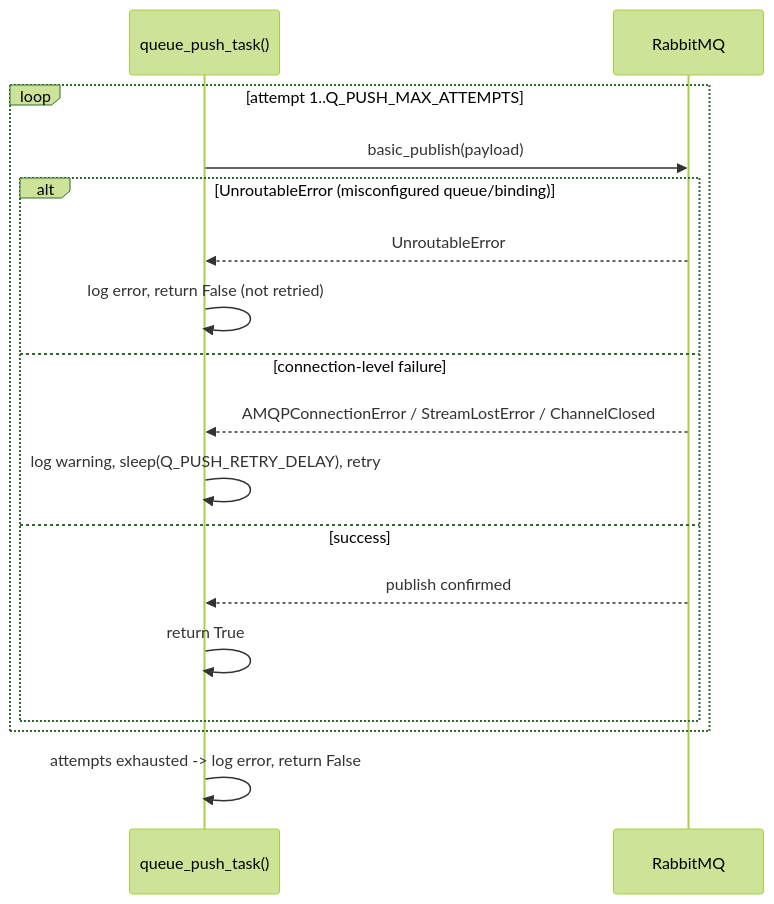
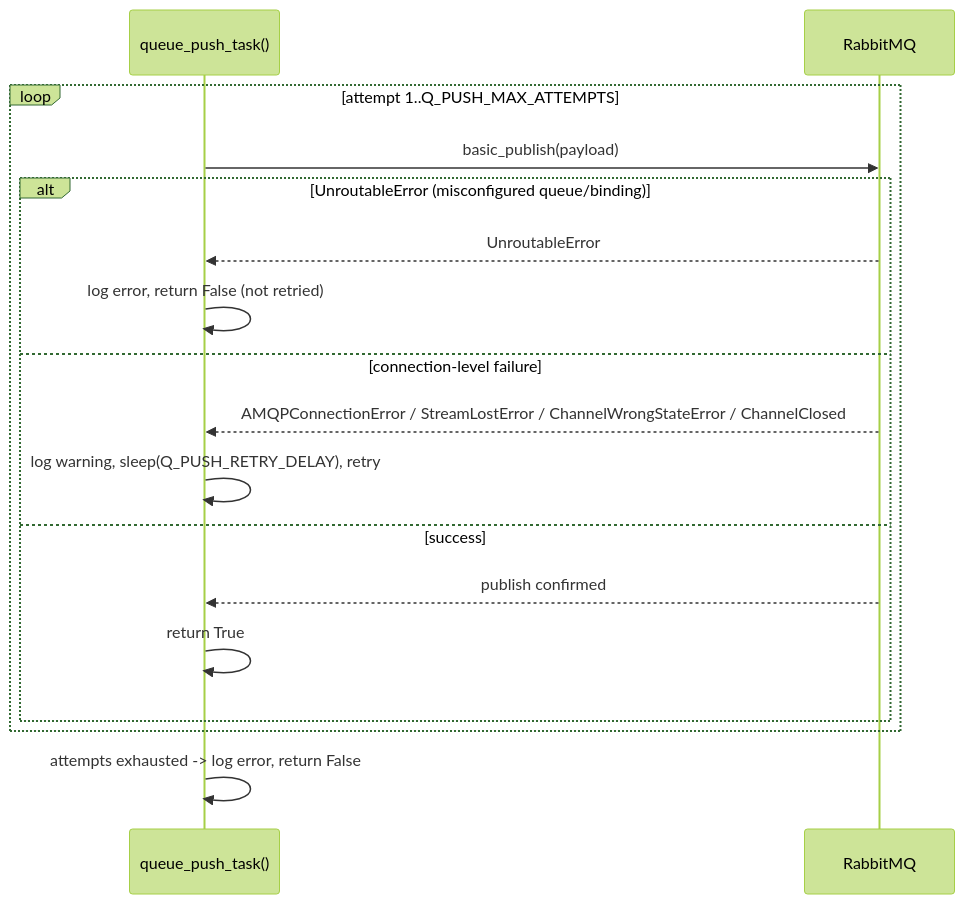
Before and after one commit to SorinoSSK/server-ai-chatbot-setup: diagram 29 of 35 in telegram_gateway/CODE_SEQUENCE_DIAGRAM.md, drawn with Mermaid (forest theme). The commit also changed other lines of this file and 3 other files, not shown here.

````diff
--- a/telegram_gateway/CODE_SEQUENCE_DIAGRAM.md
+++ b/telegram_gateway/CODE_SEQUENCE_DIAGRAM.md
@@ -899,20 +904,20 @@
 ```mermaid
 sequenceDiagram
     participant Caller as queue_push_task()
     participant MQ as RabbitMQ
 
     loop attempt 1..Q_PUSH_MAX_ATTEMPTS
         Caller->>MQ: basic_publish(payload)
         alt UnroutableError (misconfigured queue/binding)
             MQ-->>Caller: UnroutableError
             Caller->>Caller: log error, return False (not retried)
         else connection-level failure
-            MQ-->>Caller: AMQPConnectionError / StreamLostError / ChannelClosed
+            MQ-->>Caller: AMQPConnectionError / StreamLostError / ChannelWrongStateError / ChannelClosed
             Caller->>Caller: log warning, sleep(Q_PUSH_RETRY_DELAY), retry
         else success
             MQ-->>Caller: publish confirmed
             Caller->>Caller: return True
         end
     end
     Caller->>Caller: attempts exhausted -> log error, return False
 ```
````
